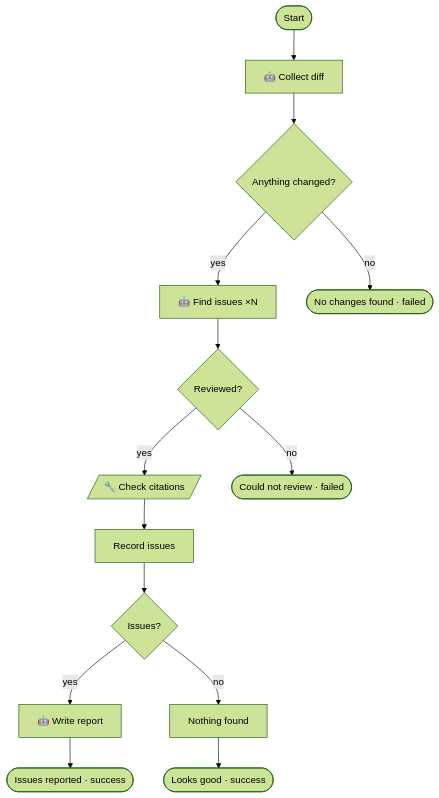
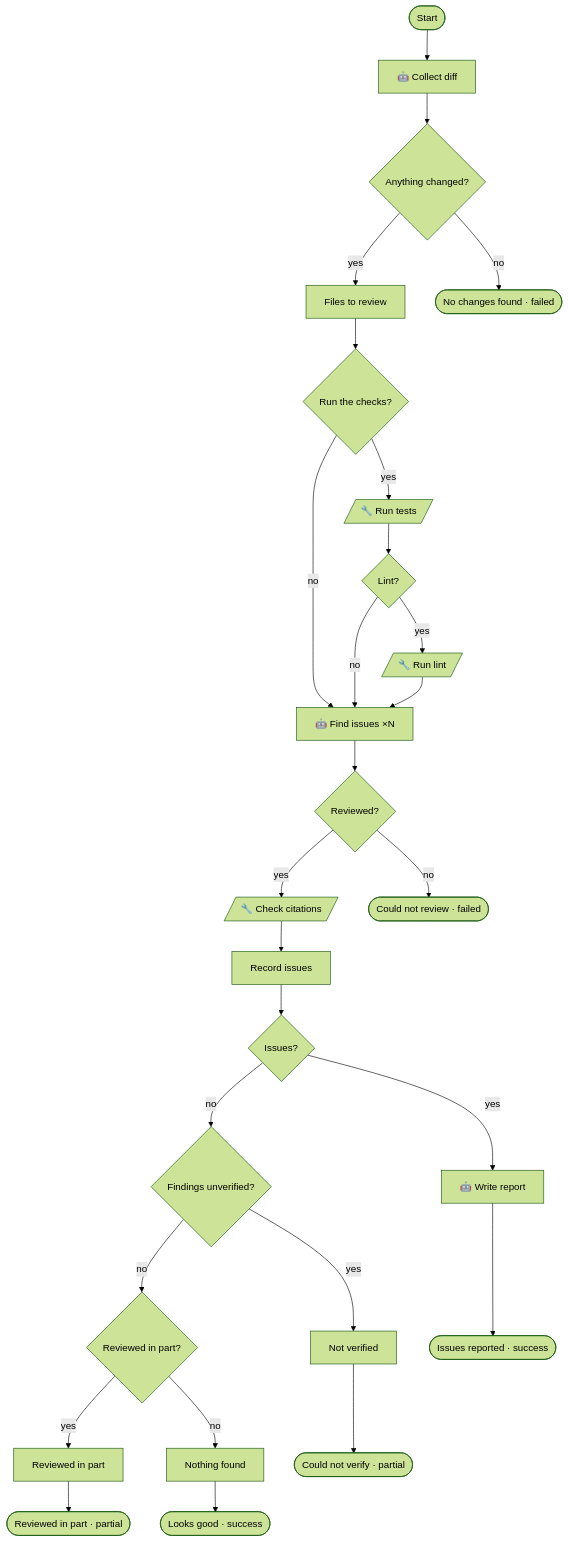
Before and after one commit to pirty6/symphony-core: the sixth of 7 diagrams in docs/patterns.md, drawn with Mermaid (forest theme). The commit also changed other lines of this file and 8 other files, not shown here.

First line of the commit message:
review: verify the code, every dimension, and never a false 'Looks good'

````diff
--- a/docs/patterns.md
+++ b/docs/patterns.md
@@ -540,30 +564,54 @@
 ```mermaid
 flowchart TD
   n_start(["Start"])
   n_collect["🤖 Collect diff"]
   n_hasDiff{"Anything changed?"}
+  n_capFiles["Files to review"]
+  n_verifyOn{"Run the checks?"}
+  n_runTests[/"🔧 Run tests"/]
+  n_hasLint{"Lint?"}
+  n_runLint[/"🔧 Run lint"/]
   n_analyze["🤖 Find issues ×N"]
   n_analyzed{"Reviewed?"}
   n_checkReview[/"🔧 Check citations"/]
   n_mergeReview["Record issues"]
   n_hasIssues{"Issues?"}
   n_report["🤖 Write report"]
+  n_anyUnverified{"Findings unverified?"}
+  n_unverifiedReport["Not verified"]
+  n_anyGaps{"Reviewed in part?"}
+  n_partReport["Reviewed in part"]
   n_cleanReport["Nothing found"]
   n_issues(["Issues reported · success"])
   n_clean(["Looks good · success"])
+  n_notVerified(["Could not verify · partial"])
+  n_partlyReviewed(["Reviewed in part · partial"])
   n_noDiff(["No changes found · failed"])
   n_notReviewed(["Could not review · failed"])
   n_start --> n_collect
   n_collect --> n_hasDiff
-  n_hasDiff -->|"yes"| n_analyze
+  n_hasDiff -->|"yes"| n_capFiles
   n_hasDiff -->|"no"| n_noDiff
+  n_capFiles --> n_verifyOn
+  n_verifyOn -->|"yes"| n_runTests
+  n_verifyOn -->|"no"| n_analyze
+  n_runTests --> n_hasLint
+  n_hasLint -->|"yes"| n_runLint
+  n_hasLint -->|"no"| n_analyze
+  n_runLint --> n_analyze
   n_analyze --> n_analyzed
   n_analyzed -->|"yes"| n_checkReview
   n_analyzed -->|"no"| n_notReviewed
   n_checkReview --> n_mergeReview
   n_mergeReview --> n_hasIssues
   n_hasIssues -->|"yes"| n_report
-  n_hasIssues -->|"no"| n_cleanReport
+  n_hasIssues -->|"no"| n_anyUnverified
   n_report --> n_issues
+  n_anyUnverified -->|"yes"| n_unverifiedReport
+  n_anyUnverified -->|"no"| n_anyGaps
+  n_unverifiedReport --> n_notVerified
+  n_anyGaps -->|"yes"| n_partReport
+  n_anyGaps -->|"no"| n_cleanReport
+  n_partReport --> n_partlyReviewed
   n_cleanReport --> n_clean
 ```
````
